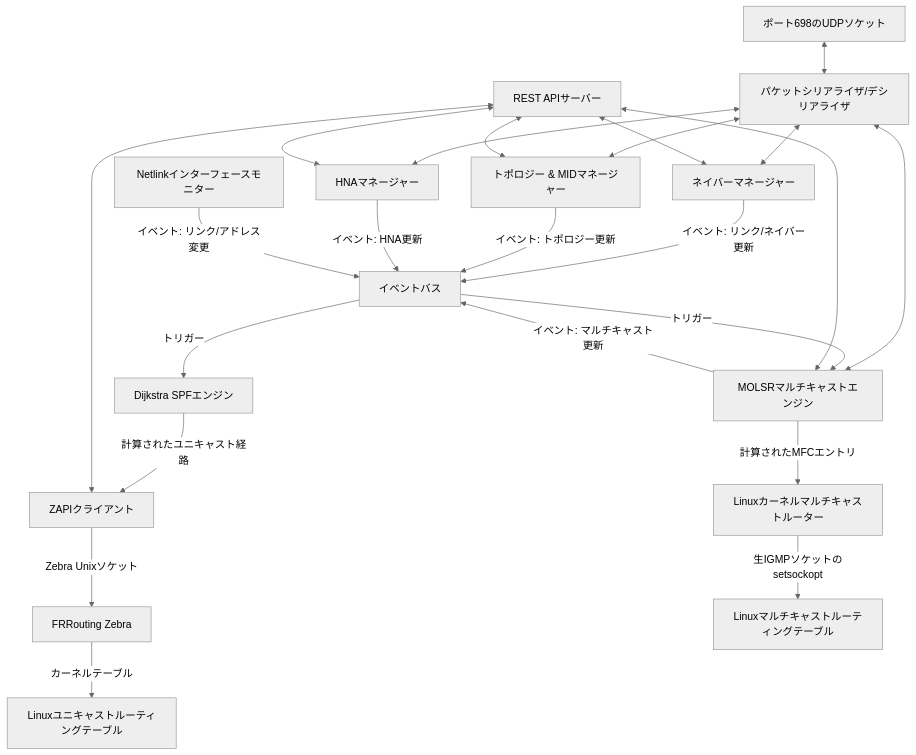
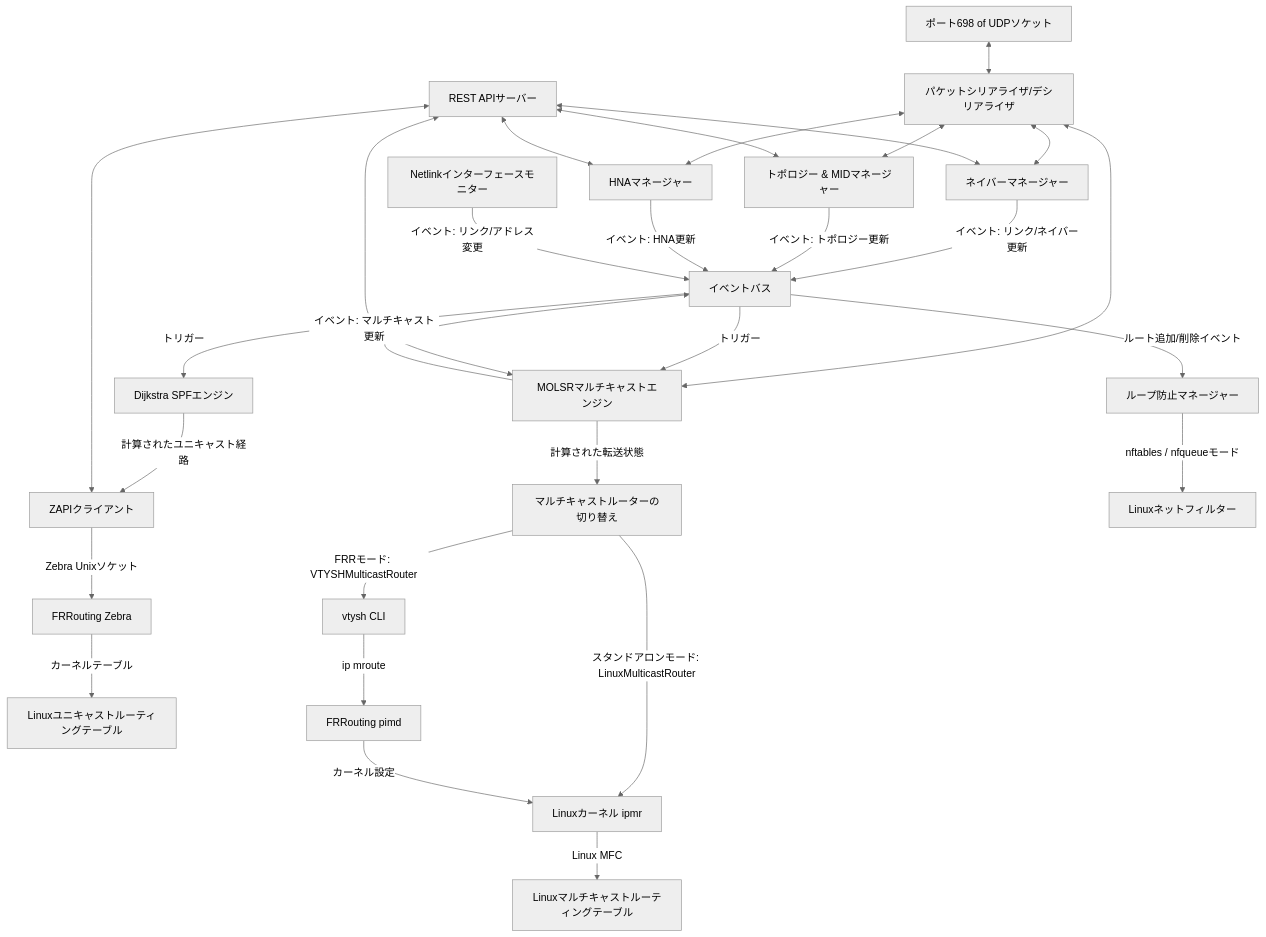
Before and after one commit to sh0jitmy/olsr-go: the diagram in README_ja.md, drawn with Mermaid (neutral theme). The commit also changed other lines of this file and 17 other files, not shown here.

````diff
--- a/README_ja.md
+++ b/README_ja.md
@@ -17,25 +17,32 @@
 ```mermaid
 graph TD
-    UDP[ポート698のUDPソケット] <--> PacketSerializer[パケットシリアライザ/デシリアライザ]
+    UDP[ポート698 of UDPソケット] <--> PacketSerializer[パケットシリアライザ/デシリアライザ]
     PacketSerializer <--> NeighborMgr[ネイバーマネージャー]
     PacketSerializer <--> TopoMgr[トポロジー & MIDマネージャー]
     PacketSerializer <--> HNAMgr[HNAマネージャー]
     PacketSerializer <--> MOLSRMgr[MOLSRマルチキャストエンジン]
 
     NeighborMgr -->|イベント: リンク/ネイバー更新| EventBus[イベントバス]
     TopoMgr -->|イベント: トポロジー更新| EventBus
     HNAMgr -->|イベント: HNA更新| EventBus
     MOLSRMgr -->|イベント: マルチキャスト更新| EventBus
 
     EventBus -->|トリガー| SPF[Dijkstra SPFエンジン]
     SPF -->|計算されたユニキャスト経路| ZAPI[ZAPIクライアント]
     ZAPI -->|Zebra Unixソケット| FRR[FRRouting Zebra]
     FRR -->|カーネルテーブル| UnicastRoutes[Linuxユニキャストルーティングテーブル]
 
     EventBus -->|トリガー| MOLSRMgr
-    MOLSRMgr -->|計算されたMFCエントリ| KernelMRoute[Linuxカーネルマルチキャストルーター]
-    KernelMRoute -->|生IGMPソケットのsetsockopt| MCRoutes[Linuxマルチキャストルーティングテーブル]
+    MOLSRMgr -->|計算された転送状態| MRouter[マルチキャストルーターの切り替え]
+    MRouter -->|スタンドアロンモード: LinuxMulticastRouter| KernelMRoute[Linuxカーネル ipmr]
+    MRouter -->|FRRモード: VTYSHMulticastRouter| VTYSH[vtysh CLI]
+    VTYSH -->|ip mroute| PIMD[FRRouting pimd]
+    PIMD -->|カーネル設定| KernelMRoute
+    KernelMRoute -->|Linux MFC| MCRoutes[Linuxマルチキャストルーティングテーブル]
+
+    EventBus -->|ルート追加/削除イベント| LoopPrev[ループ防止マネージャー]
+    LoopPrev -->|nftables / nfqueueモード| Netfilter[Linuxネットフィルター]
 
     Monitor[Netlinkインターフェースモニター] -->|イベント: リンク/アドレス変更| EventBus
     APIServer[REST APIサーバー] <--> NeighborMgr & TopoMgr & HNAMgr & MOLSRMgr & ZAPI
 ```
````
